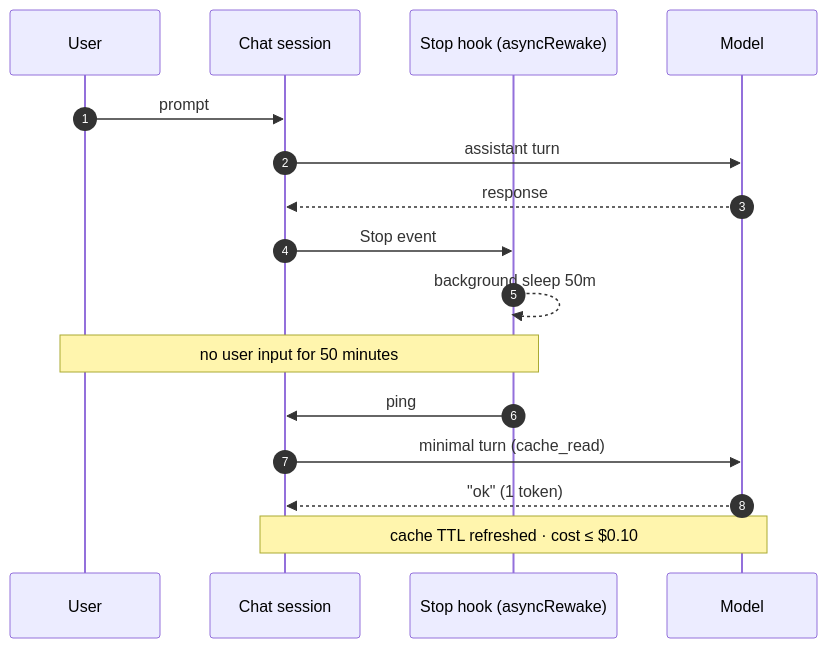
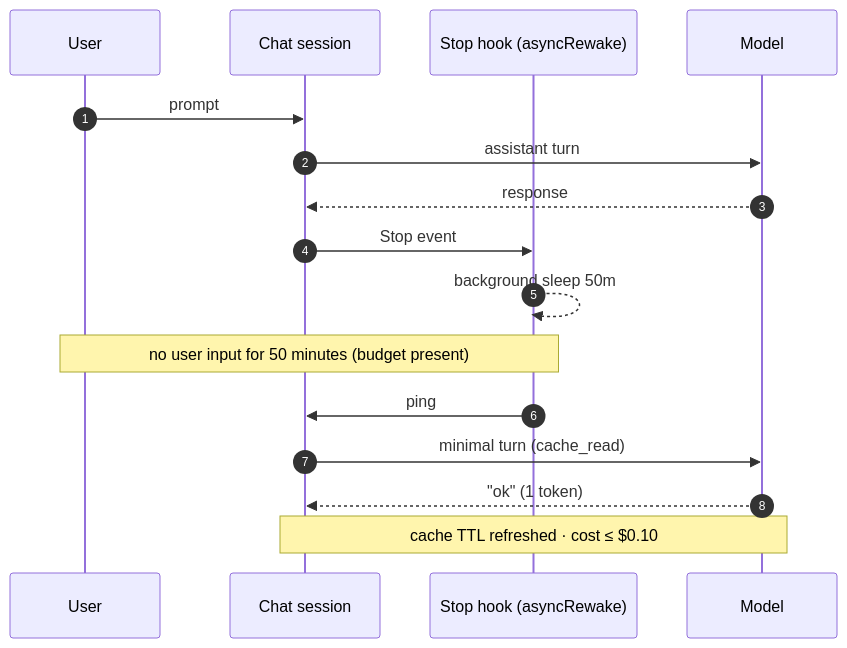
The diagram in README.en.md (token-keeper/cache-necromancer), drawn with Mermaid before and after one commit. The commit also changed other lines of this file and 9 other files, not shown here.

````diff
--- a/README.en.md
+++ b/README.en.md
@@ -99,22 +117,22 @@
 ```mermaid
 sequenceDiagram
     autonumber
     participant U as User
     participant C as Chat session
     participant H as Stop hook (asyncRewake)
     participant M as Model
 
     U->>C: prompt
     C->>M: assistant turn
     M-->>C: response
     C->>H: Stop event
     H-->>H: background sleep 50m
 
-    Note over U,H: no user input for 50 minutes
+    Note over U,H: no user input for 50 minutes (budget present)
 
     H->>C: ping
     C->>M: minimal turn (cache_read)
     M-->>C: "ok" (1 token)
 
     Note over C,M: cache TTL refreshed · cost ≤ $0.10
 ```
````
